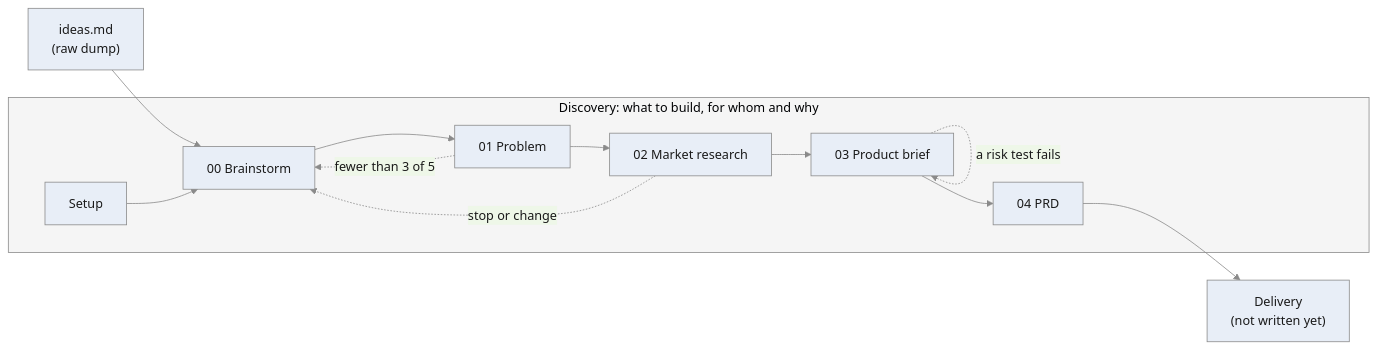
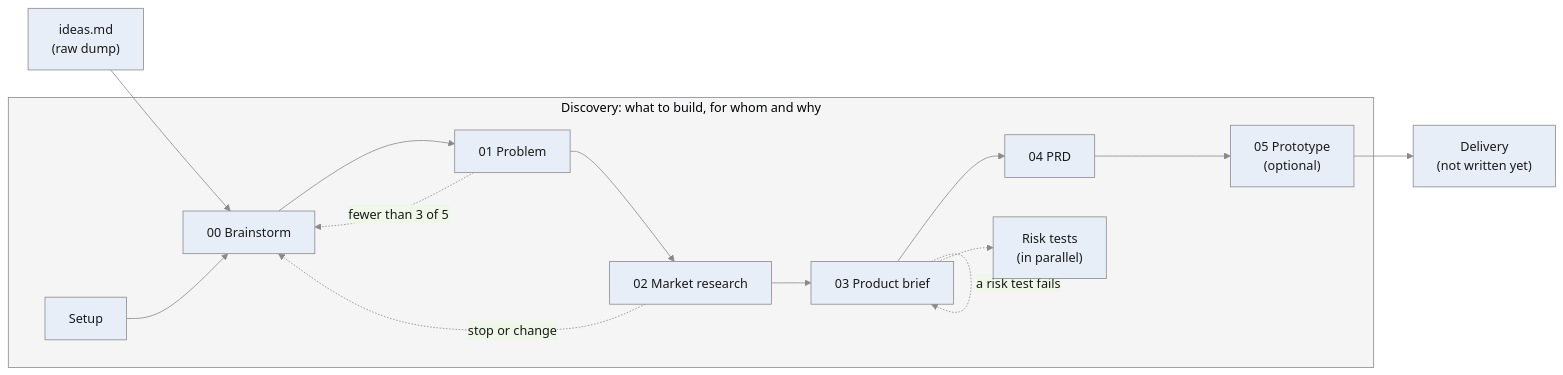
One commit to developedbyflow/ways-of-working changed the diagram in FLOWS.md. Above: the diagram before and after it, drawn with Mermaid. The commit also changed other lines of this file and 4 other files, not shown here.

First line of the commit message:
feat(discovery): add the prototype and the risk tests; PRFAQ in the brief

````diff
--- a/FLOWS.md
+++ b/FLOWS.md
@@ -9,12 +9,13 @@
 ```mermaid
 %%{init: {"theme": "base", "themeVariables": {"primaryColor": "#e8eef7", "primaryTextColor": "#1a1a1a", "primaryBorderColor": "#8a8a8a", "lineColor": "#8a8a8a", "clusterBkg": "#f5f5f5", "clusterBorder": "#8a8a8a"}}}%%
 flowchart LR
   I["ideas.md<br/>(raw dump)"] --> B
   subgraph D["Discovery: what to build, for whom and why"]
-    S["Setup"] --> B["00 Brainstorm"] --> P["01 Problem"] --> M["02 Market research"] --> R["03 Product brief"] --> Q["04 PRD"]
+    S["Setup"] --> B["00 Brainstorm"] --> P["01 Problem"] --> M["02 Market research"] --> R["03 Product brief"] --> Q["04 PRD"] --> O["05 Prototype<br/>(optional)"]
+    R -.-> T["Risk tests<br/>(in parallel)"]
   end
-  Q --> X["Delivery<br/>(not written yet)"]
+  O --> X["Delivery<br/>(not written yet)"]
   P -. "fewer than 3 of 5" .-> B
   M -. "stop or change" .-> B
   R -. "a risk test fails" .-> R
 ```
````
